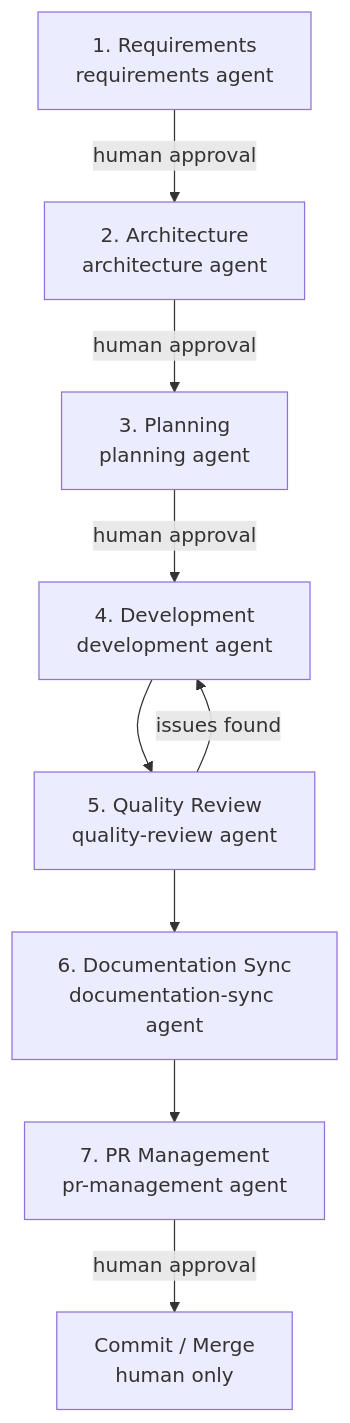
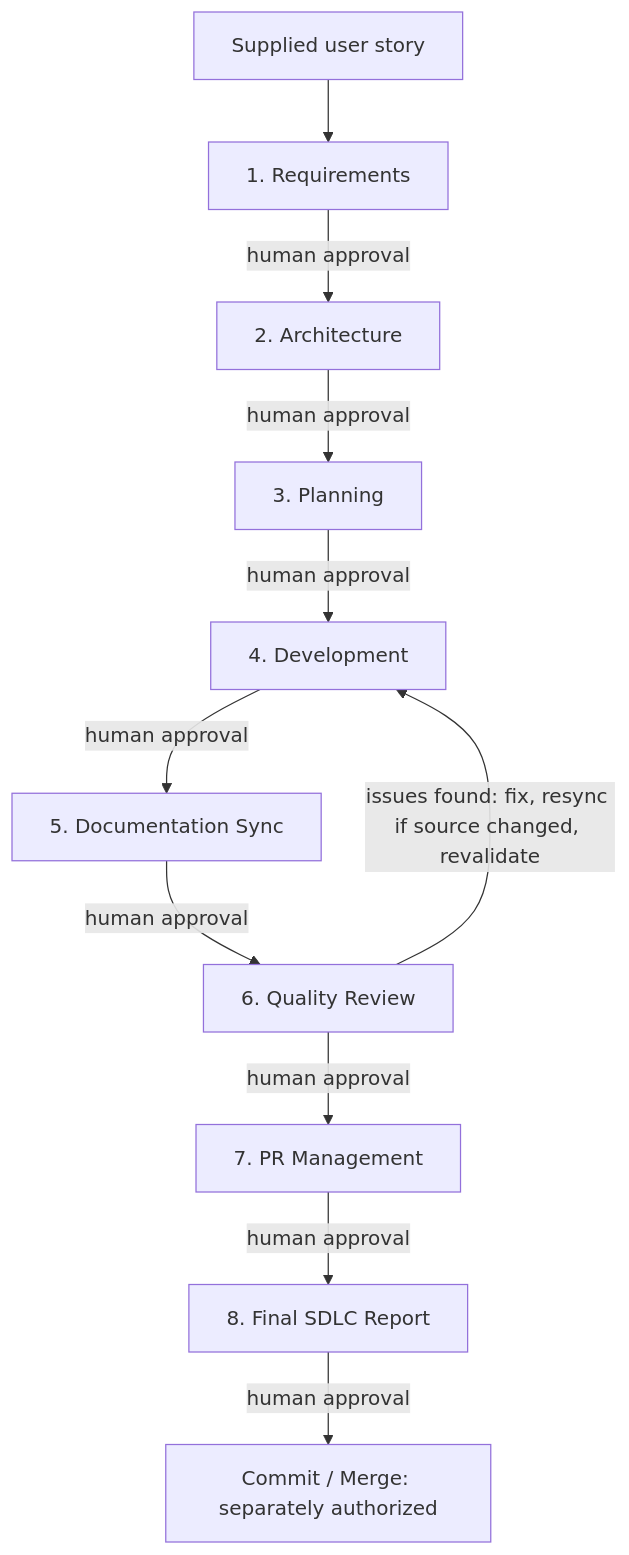
One commit to bharathloganathan/GH-Copilot-Project changed the diagram in docs/agentic-workflow.md. Above: the diagram before and after it, drawn with Mermaid. The commit also changed other lines of this file and 30 other files, not shown here.

````diff
--- a/docs/agentic-workflow.md
+++ b/docs/agentic-workflow.md
@@ -28,11 +30,13 @@
 ```mermaid
 flowchart TD
-    A[1. Requirements<br/>requirements agent] -->|human approval| B[2. Architecture<br/>architecture agent]
-    B -->|human approval| C[3. Planning<br/>planning agent]
-    C -->|human approval| D[4. Development<br/>development agent]
-    D --> E[5. Quality Review<br/>quality-review agent]
-    E -->|issues found| D
-    E --> F[6. Documentation Sync<br/>documentation-sync agent]
-    F --> G[7. PR Management<br/>pr-management agent]
-    G -->|human approval| H[Commit / Merge<br/>human only]
+    A[Supplied user story] --> B[1. Requirements]
+    B -->|human approval| C[2. Architecture]
+    C -->|human approval| D[3. Planning]
+    D -->|human approval| E[4. Development]
+    E -->|human approval| F[5. Documentation Sync]
+    F -->|human approval| G[6. Quality Review]
+    G -->|issues found: fix, resync if source changed, revalidate| E
+    G -->|human approval| H[7. PR Management]
+    H -->|human approval| I[8. Final SDLC Report]
+    I -->|human approval| J[Commit / Merge: separately authorized]
 ```
````
